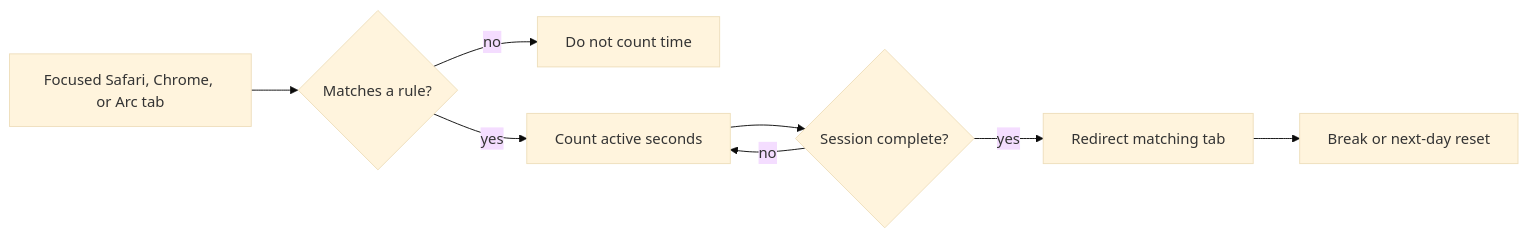
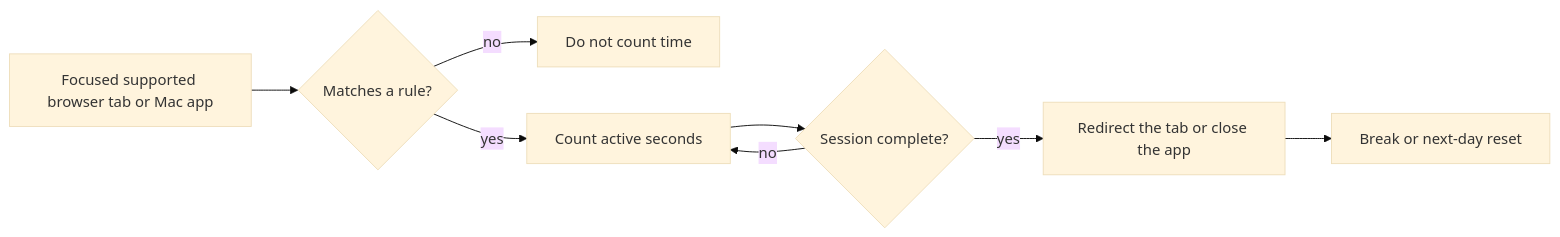
The diagram in README.md (vladkalinichencko/Lock-In), drawn with Mermaid (base theme) before and after one commit. The commit also changed other lines of this file and 16 other files, not shown here.

Commit message:
Add app blocking and broader browser support

````diff
--- a/README.md
+++ b/README.md
@@ -12,10 +13,10 @@
 ```mermaid
 flowchart LR
-    A[Focused Safari, Chrome, or Arc tab] --> B{Matches a rule?}
+    A[Focused supported browser tab or Mac app] --> B{Matches a rule?}
     B -->|no| C[Do not count time]
     B -->|yes| D[Count active seconds]
     D --> E{Session complete?}
     E -->|no| D
-    E -->|yes| F[Redirect matching tab]
+    E -->|yes| F[Redirect the tab or close the app]
     F --> G[Break or next-day reset]
 ```
````
